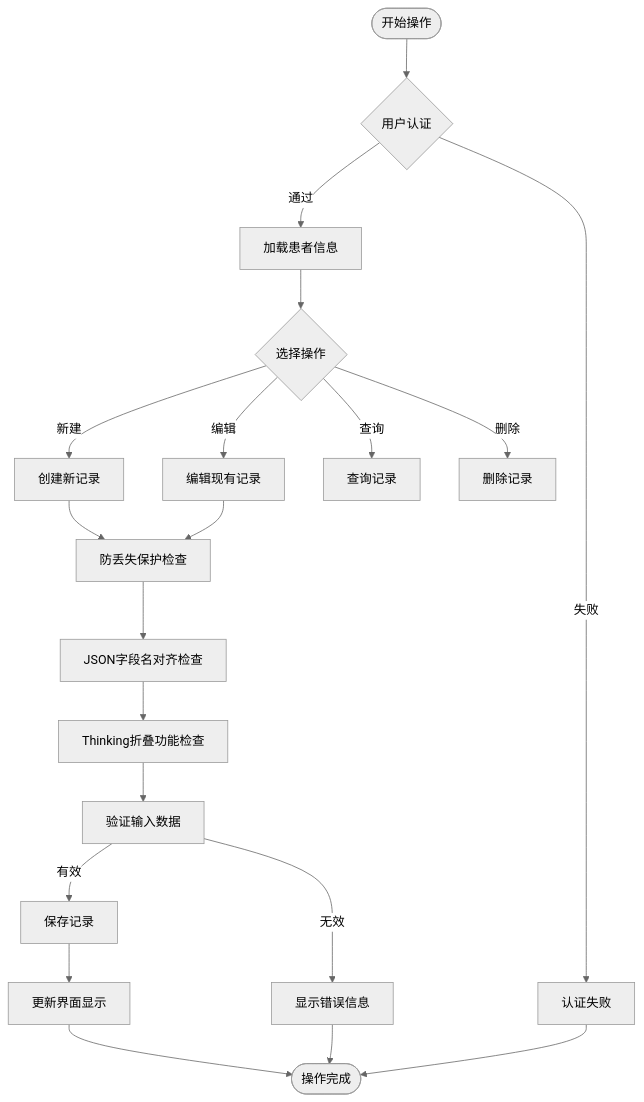
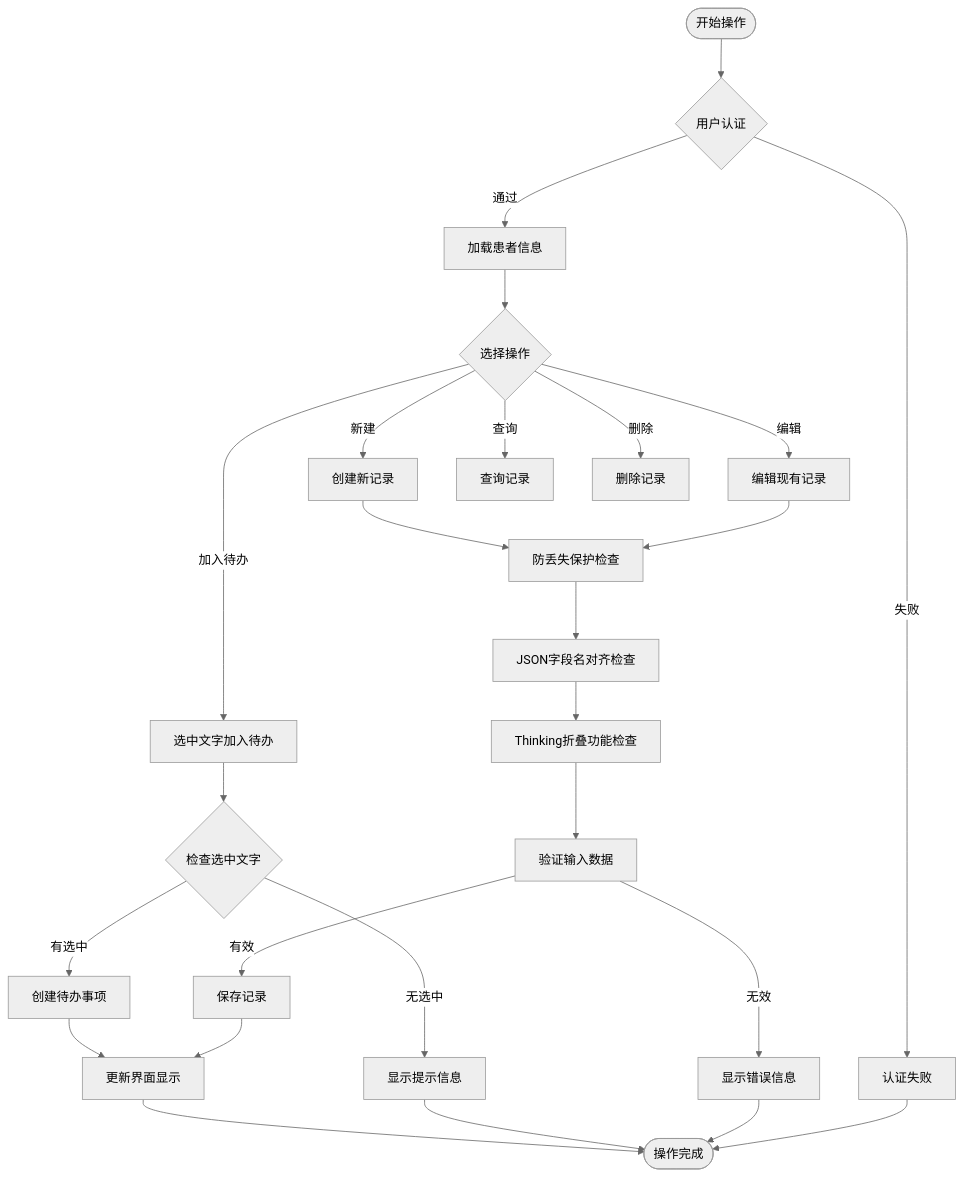
Before and after one commit to liuzh2008/med_ai_assistant_workspace: the fourth of 17 diagrams in .qoder/repowiki/zh/content/Medical Record Operation Guide.md, drawn with Mermaid (neutral theme). The commit also changed other lines of this file and 4 other files, not shown here.

````diff
--- a/.qoder/repowiki/zh/content/Medical Record Operation Guide.md
+++ b/.qoder/repowiki/zh/content/Medical Record Operation Guide.md
@@ -419,22 +434,28 @@
 ```mermaid
 flowchart TD
 Start([开始操作]) --> CheckAuth{用户认证}
 CheckAuth --> |通过| LoadPatient[加载患者信息]
 CheckAuth --> |失败| AuthError[认证失败]
 LoadPatient --> SelectAction{选择操作}
 SelectAction --> |新建| CreateRecord[创建新记录]
 SelectAction --> |编辑| EditRecord[编辑现有记录]
 SelectAction --> |查询| QueryRecord[查询记录]
 SelectAction --> |删除| DeleteRecord[删除记录]
+SelectAction --> |加入待办| AddToTodo[选中文字加入待办]
 CreateRecord --> DraftProtection[防丢失保护检查]
 EditRecord --> DraftProtection
+AddToTodo --> CheckSelection{检查选中文字}
+CheckSelection --> |有选中| CreateTodo[创建待办事项]
+CheckSelection --> |无选中| ShowTip[显示提示信息]
+CreateTodo --> UpdateUI[更新界面显示]
 DraftProtection --> FieldAlignment[JSON字段名对齐检查]
 FieldAlignment --> ThinkingFold[Thinking折叠功能检查]
 ThinkingFold --> ValidateData[验证输入数据]
 ValidateData --> |有效| SaveRecord[保存记录]
 ValidateData --> |无效| ShowError[显示错误信息]
-SaveRecord --> UpdateUI[更新界面显示]
+SaveRecord --> UpdateUI
 UpdateUI --> End([操作完成])
+ShowTip --> End
 ShowError --> End
 AuthError --> End
 ```
````
